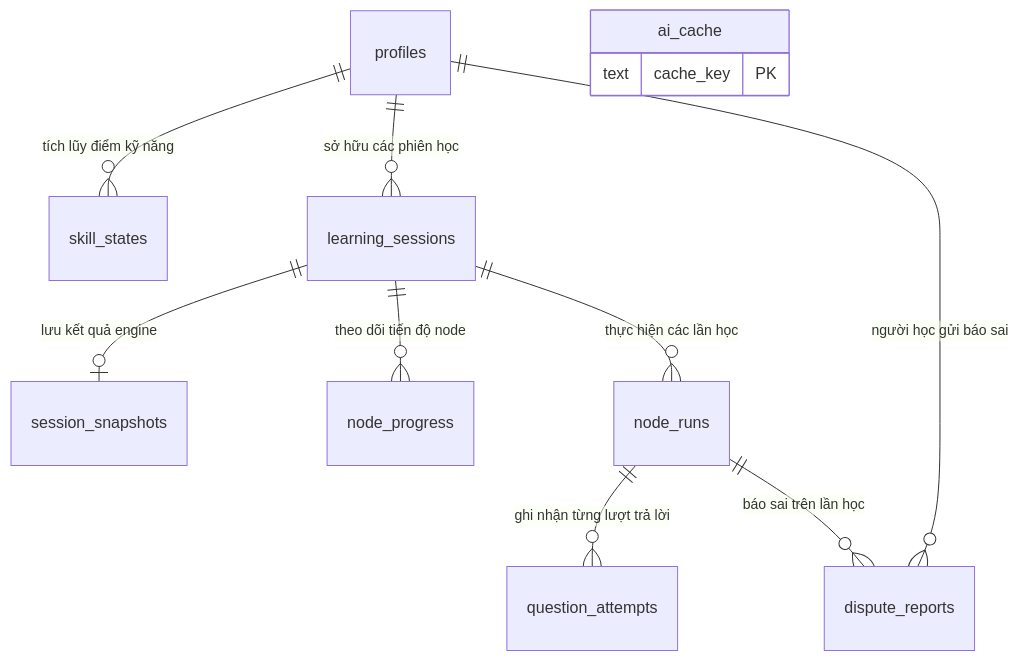
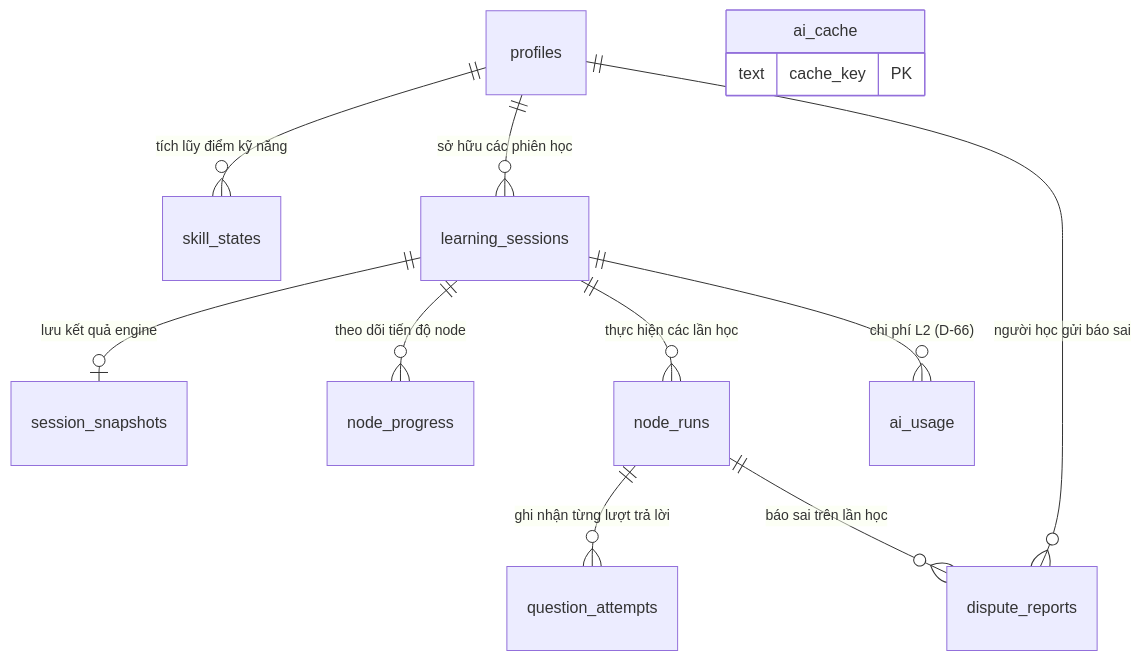
One commit to huynhthanhnhannnh-pixel/Hackathon_SGU changed the second of 5 diagrams in doc-de-hieu/05_du_lieu_va_api.md. Above: the diagram before and after it, drawn with Mermaid. The commit also changed other lines of this file and 9 other files, not shown here.

````diff
--- a/doc-de-hieu/05_du_lieu_va_api.md
+++ b/doc-de-hieu/05_du_lieu_va_api.md
@@ -42,14 +42,15 @@
 ```mermaid
 erDiagram
   profiles ||--o{ skill_states : "tích lũy điểm kỹ năng"
   profiles ||--o{ learning_sessions : "sở hữu các phiên học"
   learning_sessions ||--o| session_snapshots : "lưu kết quả engine"
   learning_sessions ||--o{ node_progress : "theo dõi tiến độ node"
   learning_sessions ||--o{ node_runs : "thực hiện các lần học"
   node_runs ||--o{ question_attempts : "ghi nhận từng lượt trả lời"
   profiles ||--o{ dispute_reports : "người học gửi báo sai"
   node_runs ||--o{ dispute_reports : "báo sai trên lần học"
+  learning_sessions ||--o{ ai_usage : "chi phí L2 (D-66)"
   ai_cache {
     text cache_key PK
   }
 ```
````
